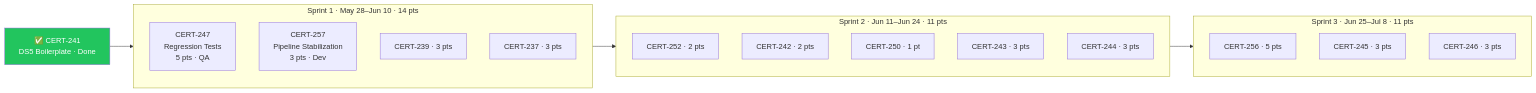
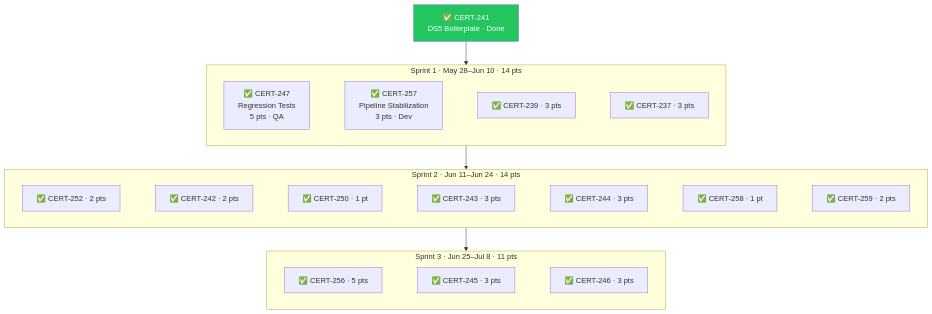
The first of 3 diagrams in bruno/docs/Certification 2.1 Roadmap.md (Ed-Fi-Alliance-OSS/certification-testing), drawn with Mermaid before and after one commit. The commit also changed other lines of this file and 39 other files, not shown here.

````diff
--- a/bruno/docs/Certification 2.1 Roadmap.md
+++ b/bruno/docs/Certification 2.1 Roadmap.md
@@ -68,29 +69,36 @@
 ```mermaid
-flowchart LR
+flowchart TB
     C241["✅ CERT-241\nDS5 Boilerplate · Done"]
-
     subgraph S1 ["Sprint 1 · May 28–Jun 10 · 14 pts"]
-        C247["CERT-247\nRegression Tests\n5 pts · QA"]
-        C257["CERT-257\nPipeline Stabilization\n3 pts · Dev"]
-        C239["CERT-239 · 3 pts"]
-        C237["CERT-237 · 3 pts"]
+        direction LR
+        C247["✅ CERT-247\nRegression Tests\n5 pts · QA"]
+        C257["✅ CERT-257\nPipeline Stabilization\n3 pts · Dev"]
+        C239["✅ CERT-239 · 3 pts"]
+        C237["✅ CERT-237 · 3 pts"]
+        C247 ~~~ C257 ~~~ C239 ~~~ C237
     end
 
-    subgraph S2 ["Sprint 2 · Jun 11–Jun 24 · 11 pts"]
-        C252["CERT-252 · 2 pts"]
-        C242["CERT-242 · 2 pts"]
-        C250["CERT-250 · 1 pt"]
-        C243["CERT-243 · 3 pts"]
-        C244["CERT-244 · 3 pts"]
+    subgraph S2 ["Sprint 2 · Jun 11–Jun 24 · 14 pts"]
+        direction LR
+        C252["✅ CERT-252 · 2 pts"]
+        C242["✅ CERT-242 · 2 pts"]
+        C250["✅ CERT-250 · 1 pt"]
+        C243["✅ CERT-243 · 3 pts"]
+        C244["✅ CERT-244 · 3 pts"]
+        C258["✅ CERT-258 · 1 pt"]
+        C259["✅ CERT-259 · 2 pts"]
+        C252 ~~~ C242 ~~~ C250 ~~~ C243 ~~~ C244 ~~~ C258 ~~~ C259
     end
 
     subgraph S3 ["Sprint 3 · Jun 25–Jul 8 · 11 pts"]
-        C256["CERT-256 · 5 pts"]
-        C245["CERT-245 · 3 pts"]
-        C246["CERT-246 · 3 pts"]
+        direction LR
+        C256["✅ CERT-256 · 5 pts"]
+        C245["✅ CERT-245 · 3 pts"]
+        C246["✅ CERT-246 · 3 pts"]
+        C256 ~~~ C245 ~~~ C246
     end
 
     C241 --> S1 --> S2 --> S3
 
     style C241 fill:#22c55e,color:#fff
 ```
````
